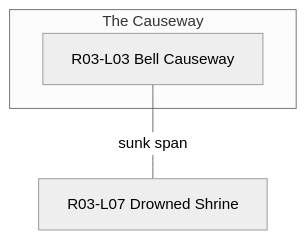
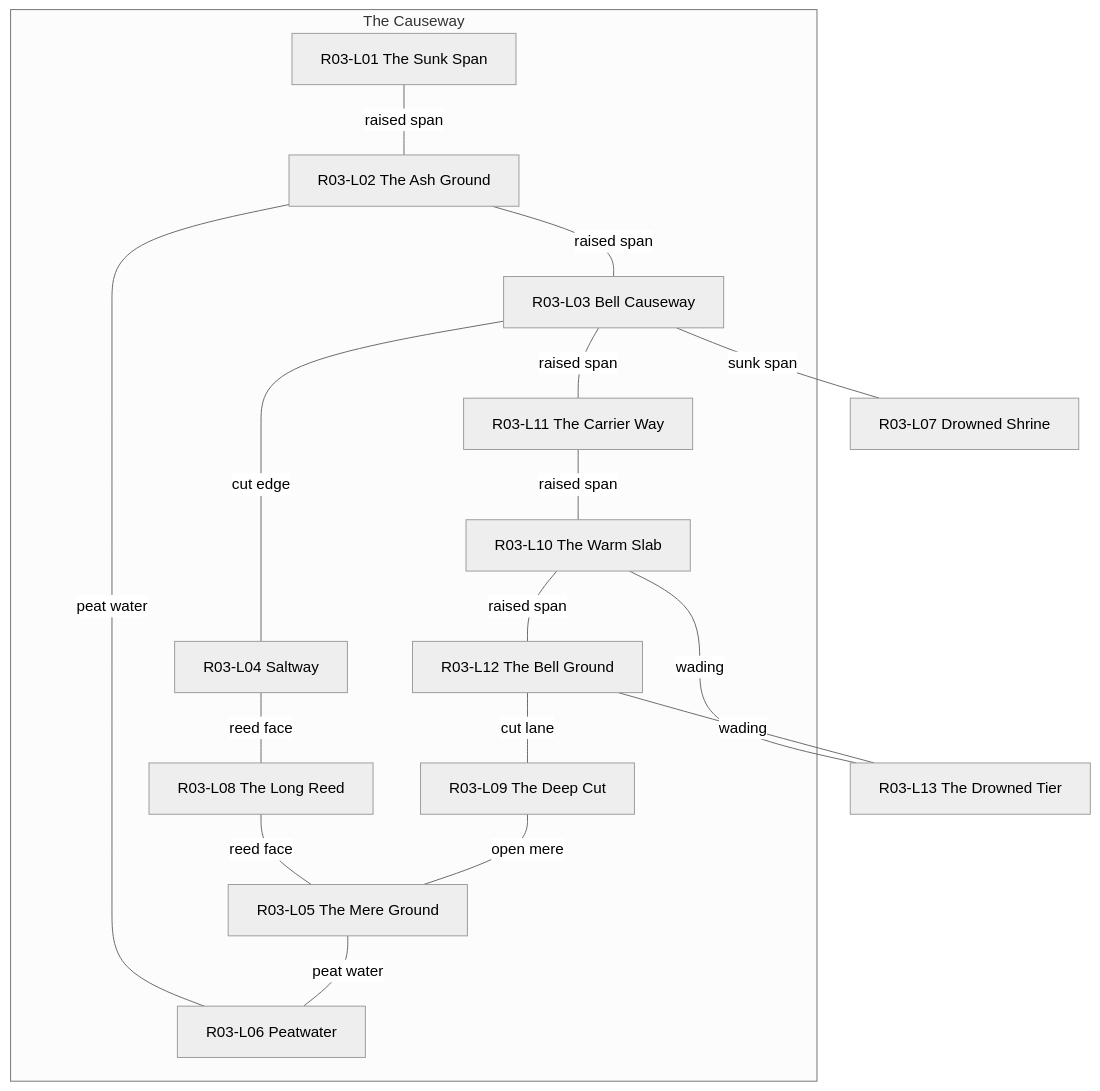
Before and after one commit to rstevenson1237/setting_builder: the diagram in build/diagrams/T4_R03_THE_CAUSEWAY.md, drawn with Mermaid (neutral theme). The commit also changed 145 other files, not shown here.

First line of the commit message:
Step 10: the location graph, sources and typed exits

````diff
--- a/build/diagrams/T4_R03_THE_CAUSEWAY.md
+++ b/build/diagrams/T4_R03_THE_CAUSEWAY.md
@@ -1,10 +1,35 @@
 ```mermaid
 flowchart TD
 %% Tier 4. Container the-causeway of R03: its locations, typed edges, and the destinations they reach outside it.
 %% Derived by tools/mermaid_gen.py. Do not edit.
     subgraph THE_CAUSEWAY["The Causeway"]
+        R03_L01["R03-L01 The Sunk Span"]
+        R03_L02["R03-L02 The Ash Ground"]
         R03_L03["R03-L03 Bell Causeway"]
+        R03_L04["R03-L04 Saltway"]
+        R03_L05["R03-L05 The Mere Ground"]
+        R03_L06["R03-L06 Peatwater"]
+        R03_L08["R03-L08 The Long Reed"]
+        R03_L09["R03-L09 The Deep Cut"]
+        R03_L10["R03-L10 The Warm Slab"]
+        R03_L11["R03-L11 The Carrier Way"]
+        R03_L12["R03-L12 The Bell Ground"]
     end
     R03_L07["R03-L07 Drowned Shrine"]
+    R03_L13["R03-L13 The Drowned Tier"]
+    R03_L01 ---|raised span| R03_L02
+    R03_L02 ---|raised span| R03_L03
+    R03_L02 ---|peat water| R03_L06
+    R03_L03 ---|cut edge| R03_L04
     R03_L03 ---|sunk span| R03_L07
+    R03_L03 ---|raised span| R03_L11
+    R03_L04 ---|reed face| R03_L08
+    R03_L05 ---|peat water| R03_L06
+    R03_L08 ---|reed face| R03_L05
+    R03_L09 ---|open mere| R03_L05
+    R03_L10 ---|raised span| R03_L12
+    R03_L10 ---|wading| R03_L13
+    R03_L11 ---|raised span| R03_L10
+    R03_L12 ---|cut lane| R03_L09
+    R03_L12 ---|wading| R03_L13
 ```
````
